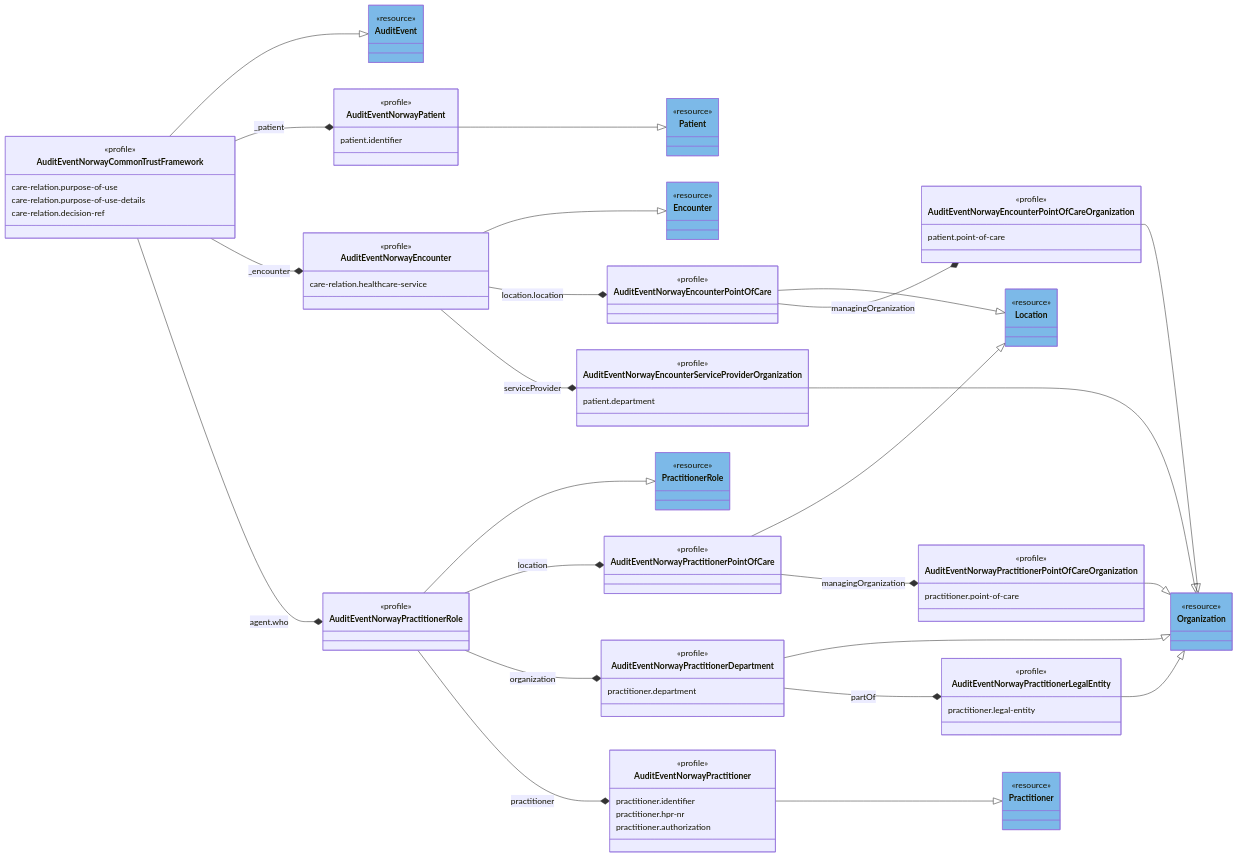
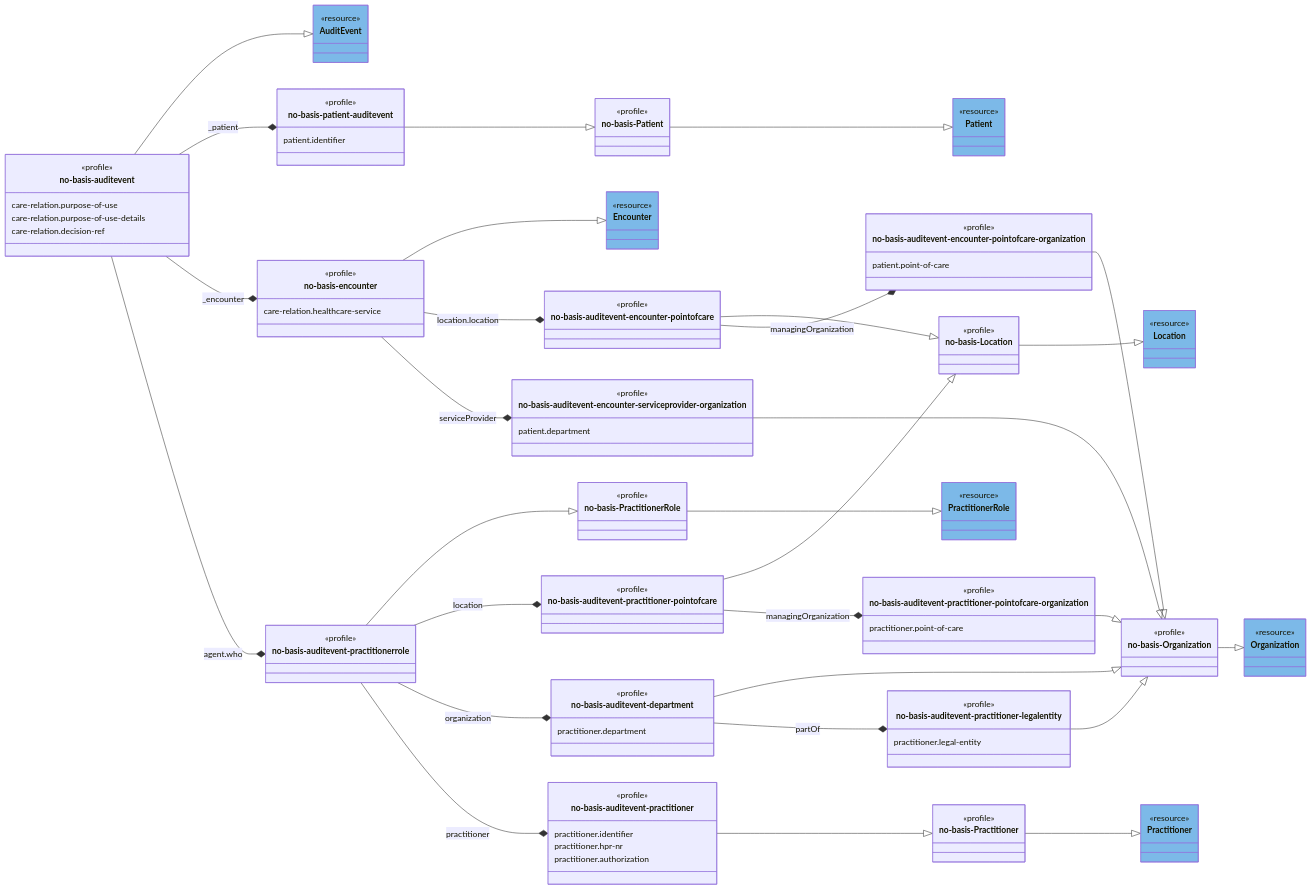
Before and after one commit to HL7Norway/AuditEvent: the diagram in AuditEvent/input/images/AuditEvent-ClassDiagram.mmd, drawn with Mermaid. The commit also changed other lines of this file and 10 other files, not shown here.

```diff
--- a/AuditEvent/input/images/AuditEvent-ClassDiagram.mmd
+++ b/AuditEvent/input/images/AuditEvent-ClassDiagram.mmd
@@ -1,110 +1,128 @@
 classDiagram
    direction RL
    class AuditEvent { <<resource>>  }
    style AuditEvent fill:#7CB9E8
    class Practitioner { <<resource>> }
    style Practitioner fill:#7CB9E8   
    class PractitionerRole { <<resource>> }
    style PractitionerRole fill:#7CB9E8      
    class Organization { <<resource>> }
    style Organization fill:#7CB9E8         
    class Location { <<resource>> }
    style Location fill:#7CB9E8        
    class Patient { <<resource>> }
    style Patient fill:#7CB9E8           
    class Encounter { <<resource>> }
-   style Encounter fill:#7CB9E8              
+   style Encounter fill:#7CB9E8 
+
+   class no-basis-Patient  {<<profile>>}
+   class no-basis-Location {<<profile>>}
+   class no-basis-PractitionerRole {<<profile>>}
+   class no-basis-Organization {<<profile>>}
+   class no-basis-Practitioner {<<profile>>}
   
-   class AuditEventNorwayCommonTrustFramework {
+               
+   class no-basis-auditevent {
      <<profile>>
      care-relation.purpose-of-use
      care-relation.purpose-of-use-details
      care-relation.decision-ref     
    }
-   class AuditEventNorwayPractitionerRole {<<profile>>}
-   class AuditEventNorwayPractitionerDepartment { 
+
+   class no-basis-auditevent-practitionerrole  {<<profile>>}
+   class no-basis-auditevent-department { 
      <<profile>>
      practitioner.department
    }   
-   class AuditEventNorwayPractitioner  {
+   class no-basis-auditevent-practitioner  {
      <<profile>>
      practitioner.identifier
      practitioner.hpr-nr
      practitioner.authorization
    }
 
-   class AuditEventNorwayPractitionerLegalEntity {
+   class no-basis-auditevent-practitioner-legalentity {
      <<profile>>
      practitioner.legal-entity
    }
-   class AuditEventNorwayPractitionerPointOfCare {<<profile>>}
-   class AuditEventNorwayPractitionerPointOfCareOrganization {
+   class no-basis-auditevent-practitioner-pointofcare {<<profile>>}
+   class no-basis-auditevent-practitioner-pointofcare-organization {
      <<profile>>
      practitioner.point-of-care
    }
-   class AuditEventNorwayEncounter {
+   class no-basis-encounter {
      <<profile>>
      care-relation.healthcare-service
    }
-   class AuditEventNorwayPatient {
+   class no-basis-patient-auditevent {
      <<profile>>
      patient.identifier
    }
-   class AuditEventNorwayEncounterPointOfCare {<<profile>>}
-   class AuditEventNorwayEncounterPointOfCareOrganization {
+   class no-basis-auditevent-encounter-pointofcare {<<profile>>}
+   class no-basis-auditevent-encounter-pointofcare-organization {
      <<profile>>
      patient.point-of-care     
    }
-   class AuditEventNorwayEncounterServiceProviderOrganization {
+   class no-basis-auditevent-encounter-serviceprovider-organization {
      <<profile>>
      patient.department
    }
 
-   AuditEvent <|-- AuditEventNorwayCommonTrustFramework 
-   PractitionerRole <|-- AuditEventNorwayPractitionerRole
-   Practitioner <|-- AuditEventNorwayPractitioner
-   Organization <|-- AuditEventNorwayPractitionerDepartment   
-   Organization <|-- AuditEventNorwayPractitionerLegalEntity
-   Organization <|-- AuditEventNorwayEncounterPointOfCareOrganization
-   Organization <|-- AuditEventNorwayPractitionerPointOfCareOrganization
-   Organization <|-- AuditEventNorwayEncounterServiceProviderOrganization
-   Location <|-- AuditEventNorwayEncounterPointOfCare
-   Location <|-- AuditEventNorwayPractitionerPointOfCare
-   Patient <|-- AuditEventNorwayPatient
-   Encounter <|-- AuditEventNorwayEncounter
+   AuditEvent <|-- no-basis-auditevent 
+   no-basis-PractitionerRole <|-- no-basis-auditevent-practitionerrole 
+   no-basis-Practitioner <|-- no-basis-auditevent-practitioner
+   no-basis-Organization <|-- no-basis-auditevent-department   
+   no-basis-Organization <|-- no-basis-auditevent-practitioner-legalentity
+   no-basis-Organization <|-- no-basis-auditevent-encounter-pointofcare-organization
+   no-basis-Organization <|-- no-basis-auditevent-practitioner-pointofcare-organization
+   no-basis-Organization <|-- no-basis-auditevent-encounter-serviceprovider-organization
+   no-basis-Location <|-- no-basis-auditevent-encounter-pointofcare
+   no-basis-Location <|-- no-basis-auditevent-practitioner-pointofcare
+   Location <|-- no-basis-Location
+   no-basis-Patient <|-- no-basis-patient-auditevent
+   Patient <|-- no-basis-Patient
+   Encounter <|-- no-basis-encounter
+   PractitionerRole <|-- no-basis-PractitionerRole
+   Organization <|-- no-basis-Organization
+   Practitioner <|--  no-basis-Practitioner
 
 
-    AuditEventNorwayPractitionerPointOfCareOrganization *-- AuditEventNorwayPractitionerPointOfCare : managingOrganization
-    AuditEventNorwayPractitionerLegalEntity *-- AuditEventNorwayPractitionerDepartment : partOf
-    AuditEventNorwayEncounterPointOfCare *-- AuditEventNorwayEncounter : location.location
-    AuditEventNorwayEncounterServiceProviderOrganization *-- AuditEventNorwayEncounter: serviceProvider
-    AuditEventNorwayEncounterPointOfCareOrganization *-- AuditEventNorwayEncounterPointOfCare : managingOrganization
-    AuditEventNorwayPractitionerPointOfCare *-- AuditEventNorwayPractitionerRole : location
-    AuditEventNorwayPractitionerDepartment *-- AuditEventNorwayPractitionerRole : organization
-    AuditEventNorwayPractitioner *-- AuditEventNorwayPractitionerRole : practitioner
-    AuditEventNorwayPatient *-- AuditEventNorwayCommonTrustFramework  : _patient
-    AuditEventNorwayEncounter *-- AuditEventNorwayCommonTrustFramework  : _encounter
-    AuditEventNorwayPractitionerRole *-- AuditEventNorwayCommonTrustFramework  : agent.who
+    no-basis-auditevent-practitioner-pointofcare-organization *-- no-basis-auditevent-practitioner-pointofcare : managingOrganization
+    no-basis-auditevent-practitioner-legalentity *-- no-basis-auditevent-department : partOf
+    no-basis-auditevent-encounter-pointofcare *-- no-basis-encounter : location.location
+    no-basis-auditevent-encounter-serviceprovider-organization *-- no-basis-encounter: serviceProvider
+    no-basis-auditevent-encounter-pointofcare-organization *-- no-basis-auditevent-encounter-pointofcare : managingOrganization
+    no-basis-auditevent-practitioner-pointofcare *-- no-basis-auditevent-practitionerrole  : location
+    no-basis-auditevent-department *-- no-basis-auditevent-practitionerrole  : organization
+    no-basis-auditevent-practitioner *-- no-basis-auditevent-practitionerrole  : practitioner
+    no-basis-patient-auditevent *-- no-basis-auditevent  : _patient
+    no-basis-encounter *-- no-basis-auditevent  : _encounter
+    no-basis-auditevent-practitionerrole  *-- no-basis-auditevent  : agent.who
     
    
 
     link AuditEvent "https://hl7.org/fhir/R4/auditevent.html" 
     link Practitioner "https://hl7.org/fhir/R4/practitioner.html" 
     link PractitionerRole "https://hl7.org/fhir/R4/practitionerrole.html" 
     link Organization "https://hl7.org/fhir/R4/organization.html" 
     link Location "https://hl7.org/fhir/R4/location.html" 
     link Patient  "https://hl7.org/fhir/R4/patient.html" 
     link Encounter "https://hl7.org/fhir/R4/encounter.html" 
 
-    link AuditEventNorwayCommonTrustFramework "StructureDefinition-auditevent-norway-profile.html"
-    link AuditEventNorwayPractitionerRole "StructureDefinition-AuditEventNorwayPractitionerRole.html"
-    link AuditEventNorwayPractitionerDepartment "StructureDefinition-AuditEventNorwayPractitionerDepartment.html"
-    link AuditEventNorwayPractitioner "StructureDefinition-AuditEventNorwayPractitioner.html"
-    link AuditEventNorwayPractitionerLegalEntity "StructureDefinition-AuditEventNorwayPractitionerLegalEntity.html"
-    link AuditEventNorwayPractitionerPointOfCare "StructureDefinition-AuditEventNorwayPractitionerPointOfCare.html"
-    link AuditEventNorwayPractitionerPointOfCareOrganization "StructureDefinition-AuditEventNorwayPractitionerPointOfCareOrganization.html"
-    link AuditEventNorwayEncounter "StructureDefinition-AuditEventNorwayEncounter.html"
-    link AuditEventNorwayPatient "StructureDefinition-AuditEventNorwayPatient.html"
-    link AuditEventNorwayEncounterPointOfCare "StructureDefinition-AuditEventNorwayEncounterPointOfCare.html"
-    link AuditEventNorwayEncounterPointOfCareOrganization "StructureDefinition-AuditEventNorwayEncounterPointOfCareOrganization.html"
-    link AuditEventNorwayEncounterServiceProviderOrganization "StructureDefinition-AuditEventNorwayEncounterServiceProviderOrganization.html"
+    link no-basis-auditevent "StructureDefinition-no-basis-auditevent.html"
+    link no-basis-auditevent-practitionerrole  "StructureDefinition-AuditEventNorwayPractitionerRole.html"
+    link no-basis-auditevent-department "StructureDefinition-AuditEventNorwayPractitionerDepartment.html"
+    link no-basis-auditevent-practitioner "StructureDefinition-AuditEventNorwayPractitioner.html"
+    link no-basis-auditevent-practitioner-legalentity "StructureDefinition-AuditEventNorwayPractitionerLegalEntity.html"
+    link no-basis-auditevent-practitioner-pointofcare "StructureDefinition-AuditEventNorwayPractitionerPointOfCare.html"
+    link no-basis-auditevent-practitioner-pointofcare-organization "StructureDefinition-AuditEventNorwayPractitionerPointOfCareOrganization.html"
+    link no-basis-encounter "StructureDefinition-AuditEventNorwayEncounter.html"
+    link no-basis-patient-auditevent "StructureDefinition-AuditEventNorwayPatient.html"
+    link no-basis-auditevent-encounter-pointofcare "StructureDefinition-AuditEventNorwayEncounterPointOfCare.html"
+    link no-basis-auditevent-encounter-pointofcare-organization "StructureDefinition-AuditEventNorwayEncounterPointOfCareOrganization.html"
+    link no-basis-auditevent-encounter-serviceprovider-organization "StructureDefinition-AuditEventNorwayEncounterServiceProviderOrganization.html"
+    link no-basis-Patient "https://simplifier.net/hl7norwayno-basis/nobasispatient"
+    link no-basis-Location "https://simplifier.net/hl7norwayno-basis/nobasislocation"
+    link no-basis-PractitionerRole "https://simplifier.net/hl7norwayno-basis/nobasispractitionerrole"
+    link no-basis-Organization "https://simplifier.net/hl7norwayno-basis/nobasisorganization"
+    link no-basis-Practitioner "https://simplifier.net/hl7norwayno-basis/nobasispractitioner"
```
